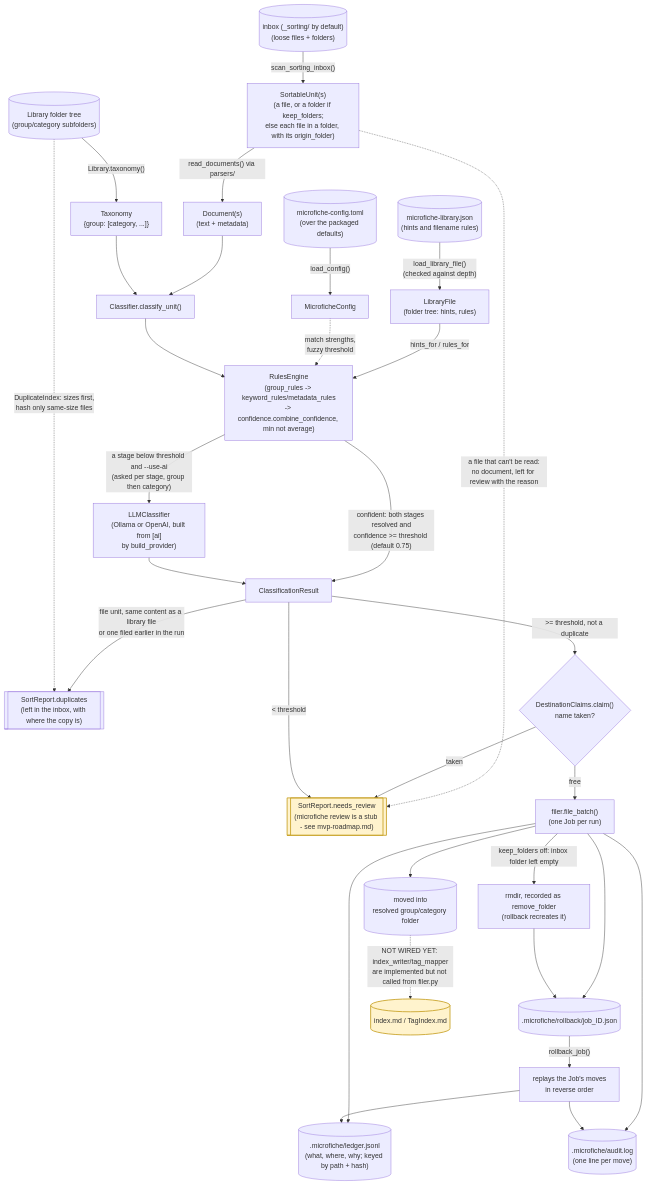
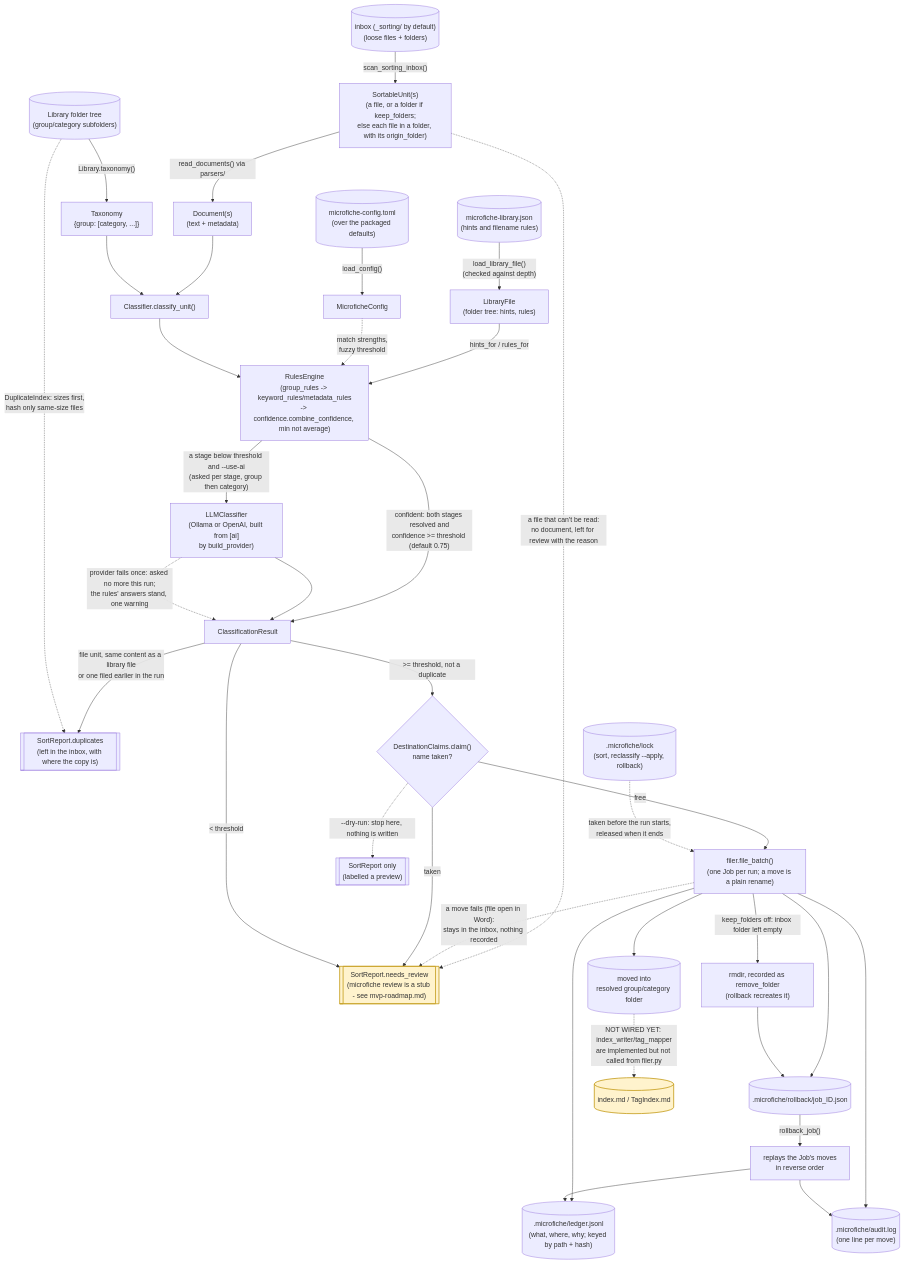
Before and after one commit to richard-gledhill/microfiche: the second of 2 diagrams in docs/development/module-diagram.md, drawn with Mermaid. The commit also changed other lines of this file and 37 other files, not shown here.

````diff
--- a/docs/development/module-diagram.md
+++ b/docs/development/module-diagram.md
@@ -250,45 +262,49 @@
 ```mermaid
 flowchart TD
     LibraryTree[("Library folder tree\n(group/category subfolders)")]
     SortingInbox[("inbox (_sorting/ by default)\n(loose files + folders)")]
     ConfigFile[("microfiche-config.toml\n(over the packaged defaults)")]
     LibraryFileJson[("microfiche-library.json\n(hints and filename rules)")]
 
     LibraryTree -->|"Library.taxonomy()"| Taxonomy["Taxonomy\n{group: [category, ...]}"]
     ConfigFile -->|"load_config()"| Config["MicroficheConfig"]
     LibraryFileJson -->|"load_library_file()\n(checked against depth)"| LibraryFile["LibraryFile\n(folder tree: hints, rules)"]
     SortingInbox -->|"scan_sorting_inbox()"| Units["SortableUnit(s)\n(a file, or a folder if keep_folders;\nelse each file in a folder, with its origin_folder)"]
     Units -->|"read_documents() via parsers/"| Documents["Document(s)\n(text + metadata)"]
     Units -.->|"a file that can't be read:\nno document, left for review with the reason"| NeedsReview
 
     Documents --> ClassifyUnit["Classifier.classify_unit()"]
     Taxonomy --> ClassifyUnit
     LibraryFile -->|"hints_for / rules_for"| RulesEngine
     Config -.->|"match strengths,\nfuzzy threshold"| RulesEngine
     ClassifyUnit --> RulesEngine["RulesEngine\n(group_rules -> keyword_rules/metadata_rules\n-> confidence.combine_confidence, min not average)"]
     RulesEngine -->|"confident: both stages resolved and\nconfidence >= threshold (default 0.75)"| Result["ClassificationResult"]
     RulesEngine -->|"a stage below threshold and --use-ai\n(asked per stage, group then category)"| LLM["LLMClassifier\n(Ollama or OpenAI, built from [ai]\nby build_provider)"]
     LLM --> Result
+    LLM -.->|"provider fails once: asked no more this run;\nthe rules' answers stand, one warning"| Result
 
     Result -->|"file unit, same content as a library file\nor one filed earlier in the run"| Duplicates[["SortReport.duplicates\n(left in the inbox, with where the copy is)"]]
     LibraryTree -.->|"DuplicateIndex: sizes first,\nhash only same-size files"| Duplicates
     Result -->|">= threshold, not a duplicate"| Claim{"DestinationClaims.claim()\nname taken?"}
-    Claim -->|"free"| FileUnit["filer.file_batch()\n(one Job per run)"]
+    Claim -->|"free"| FileUnit["filer.file_batch()\n(one Job per run; a move is a plain rename)"]
+    Claim -.->|"--dry-run: stop here, nothing is written"| Preview[["SortReport only\n(labelled a preview)"]]
+    RunLock[(".microfiche/lock\n(sort, reclassify --apply, rollback)")] -.->|"taken before the run starts,\nreleased when it ends"| FileUnit
+    FileUnit -.->|"a move fails (file open in Word):\nstays in the inbox, nothing recorded"| NeedsReview
     Claim -->|"taken"| NeedsReview[["SortReport.needs_review\n(microfiche review is a stub - see mvp-roadmap.md)"]]
     Result -->|"< threshold"| NeedsReview
 
     FileUnit --> FiledDoc[("moved into\nresolved group/category folder")]
     FileUnit --> Ledger[(".microfiche/ledger.jsonl\n(what, where, why; keyed by path + hash)")]
     FileUnit --> AuditLog[(".microfiche/audit.log\n(one line per move)")]
     FileUnit --> JobFile[(".microfiche/rollback/job_ID.json")]
     FileUnit -->|"keep_folders off: inbox folder left empty"| RemoveFolder["rmdir, recorded as remove_folder\n(rollback recreates it)"]
     RemoveFolder --> JobFile
     JobFile -->|"rollback_job()"| Rollback["replays the Job's moves\nin reverse order"]
     Rollback --> Ledger
     Rollback --> AuditLog
 
     FiledDoc -.->|"NOT WIRED YET: index_writer/tag_mapper\nare implemented but not called from filer.py"| ObsidianOut[("index.md / TagIndex.md")]
 
     classDef gap fill:#fff3cd,stroke:#c9a227,stroke-width:2px
     class NeedsReview,ObsidianOut gap
 ```
````
